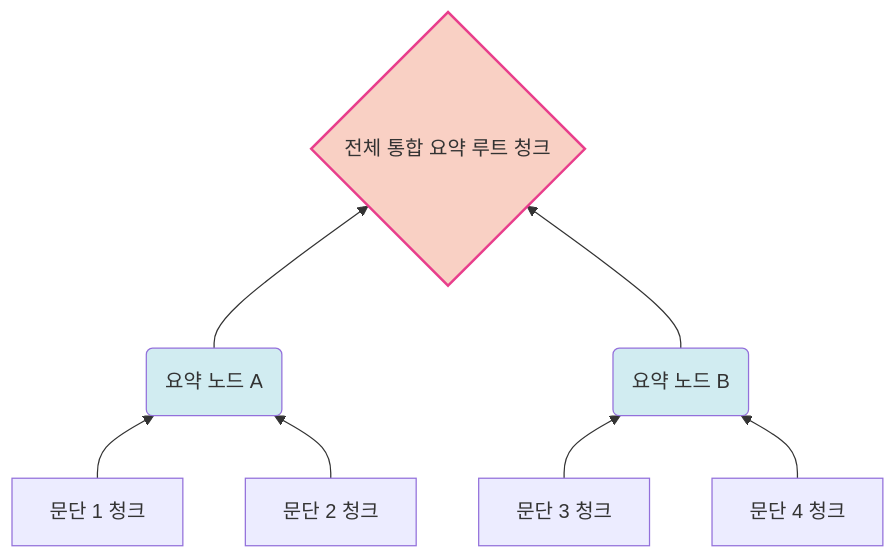
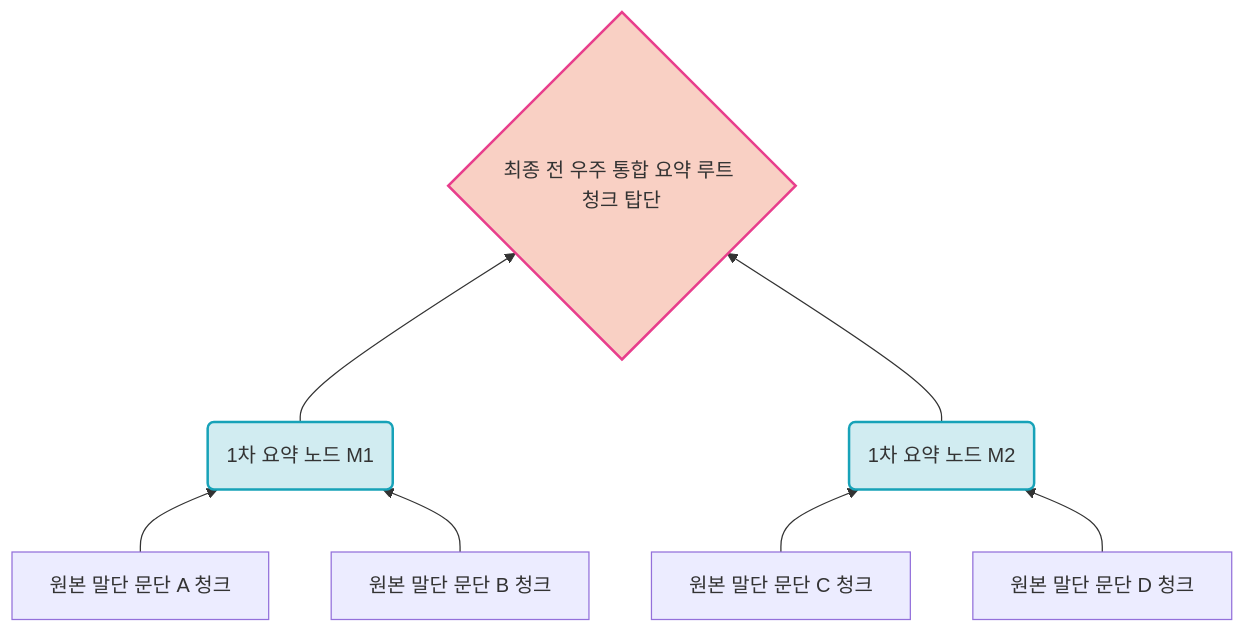
Before and after one commit to DaeyeonWon/self-study: the first of 2 diagrams in week3.md, drawn with Mermaid. The commit also changed other lines of this file and 7 other files, not shown here.

Commit message:
Massive 10x Volume Expansion of 1-8 Weeks with 80+ Latest Papers and Architecture Mermaid Integration

```diff
--- a/week3.md
+++ b/week3.md
@@ -73,12 +73,12 @@
 <div class="mermaid">
 graph BT
-    L1[문단 1 청크] --> P1(요약 노드 A)
-    L2[문단 2 청크] --> P1
-    L3[문단 3 청크] --> P2(요약 노드 B)
-    L4[문단 4 청크] --> P2
-    P1 --> Root{전체 통합 요약 루트 청크}
+    L1[원본 말단 문단 A 청크] --> P1(1차 요약 노드 M1)
+    L2[원본 말단 문단 B 청크] --> P1
+    L3[원본 말단 문단 C 청크] --> P2(1차 요약 노드 M2)
+    L4[원본 말단 문단 D 청크] --> P2
+    P1 --> Root{최종 전 우주 통합 요약 루트 청크 탑단}
     P2 --> Root
     style Root fill:#f9d0c4,stroke:#e83e8c,stroke-width:2px
-    style P1 fill:#d1ecf1
-    style P2 fill:#d1ecf1
+    style P1 fill:#d1ecf1,stroke:#17a2b8,stroke-width:2px
+    style P2 fill:#d1ecf1,stroke:#17a2b8,stroke-width:2px
 </div>
```
